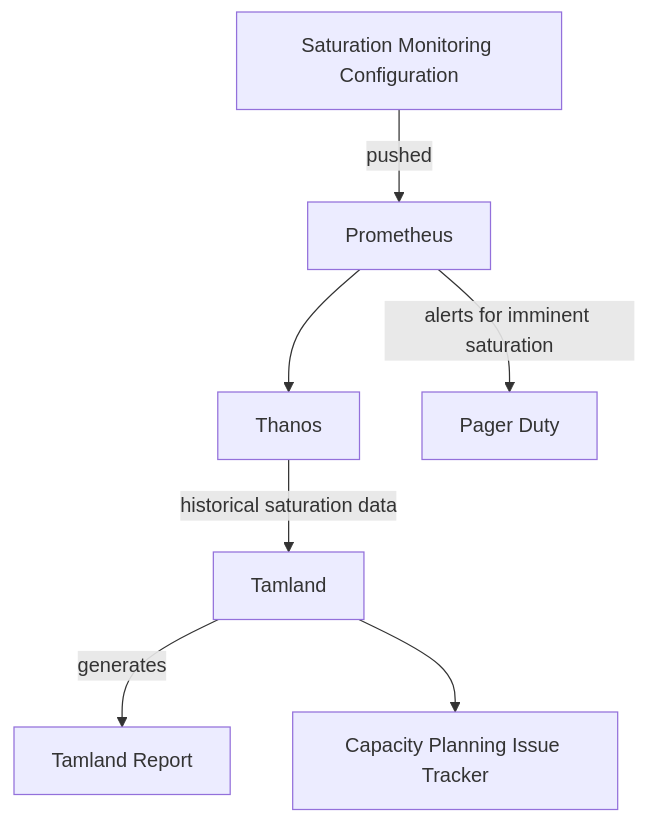
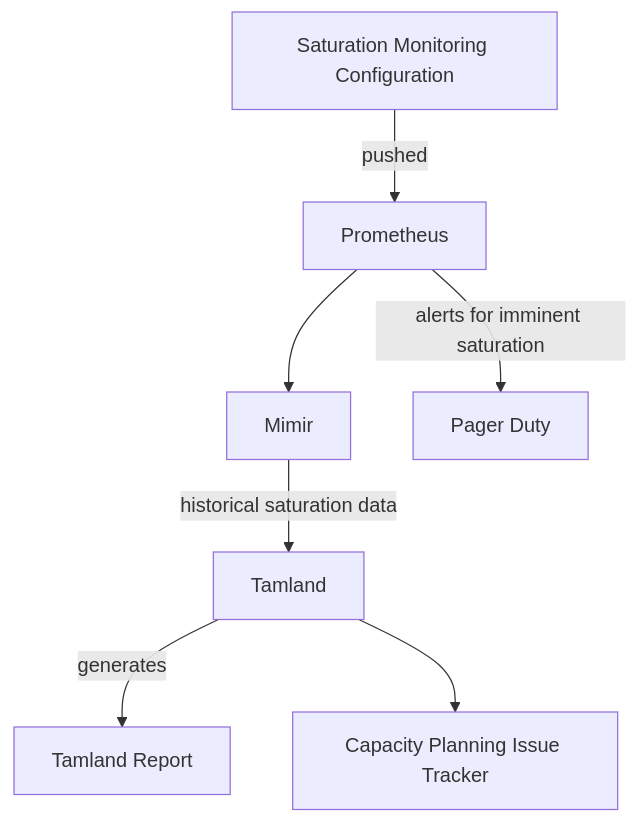
The diagram in content/handbook/engineering/infrastructure/capacity-planning/index.md (zalyoung/gitlab-handbook), drawn with Mermaid before and after one commit. The commit also changed other lines of this file and 17 other files, not shown here.

````diff
--- a/content/handbook/engineering/infrastructure/capacity-planning/index.md
+++ b/content/handbook/engineering/infrastructure/capacity-planning/index.md
@@ -26,9 +26,9 @@
 ```mermaid
 graph TD
     A[Saturation Monitoring Configuration] -->|pushed| B[Prometheus]
-    B --> C[Thanos]
+    B --> C[Mimir]
     B --> |alerts for imminent saturation|D[Pager Duty]
     C --> |historical saturation data|E[Tamland]
     E --> |generates|F[Tamland Report]
     E --> G[Capacity Planning Issue Tracker]
 ```
````
